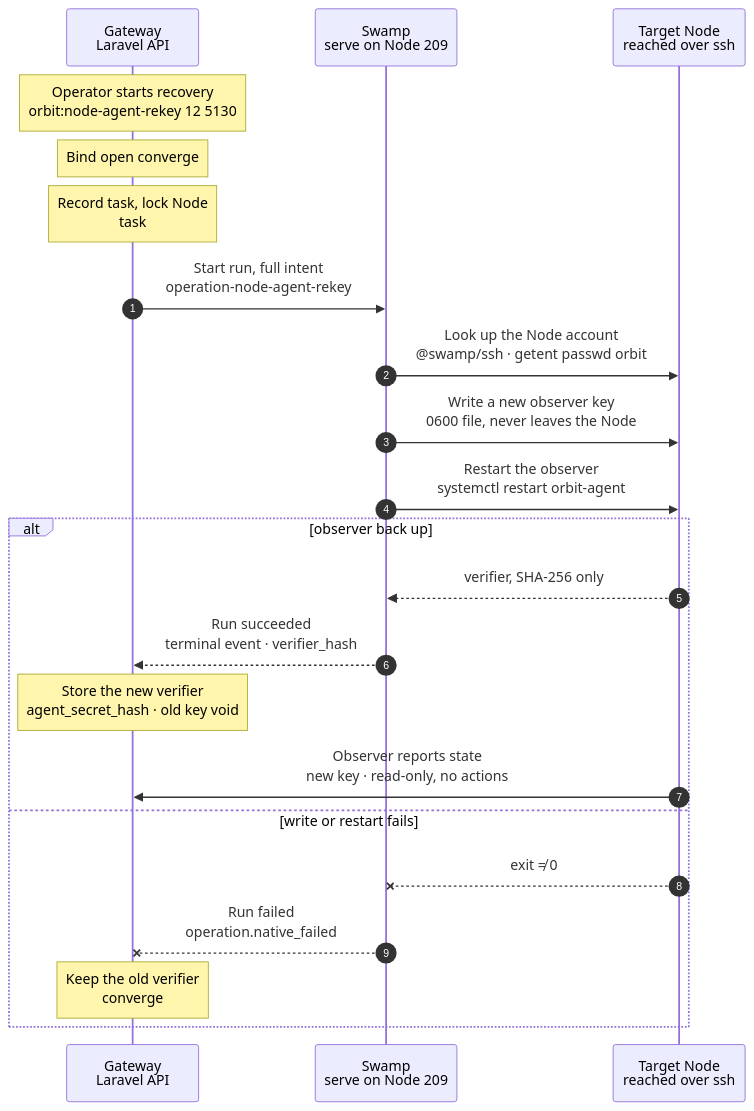
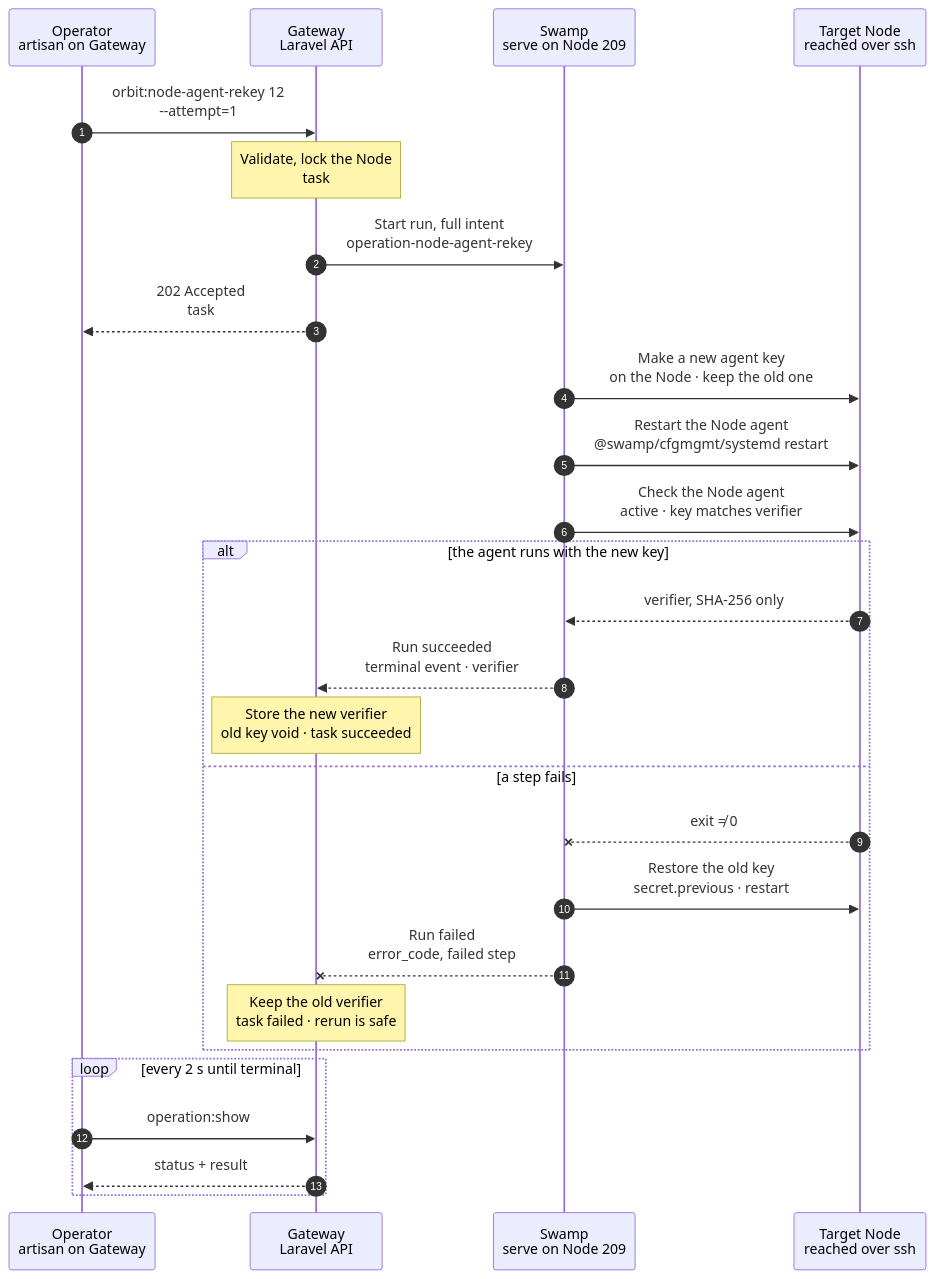
One commit to hardimpactdev/orbit changed the diagram in docs/flows/node.agent_rekey.mmd. Above: the diagram before and after it, drawn with Mermaid. The commit also changed 3 other files, not shown here.

First line of the commit message:
docs(flows): wave 2 Node charts in the agreed format (#2435)

```diff
--- a/docs/flows/node.agent_rekey.mmd
+++ b/docs/flows/node.agent_rekey.mmd
@@ -1,27 +1,104 @@
 sequenceDiagram
-  %% Target design: ADR 0244 task + decision agent-observer-swamp-acts; the key stays on the Node, R2.
+  %% Target design: ADR 0244 task, DECISIONS R2-R4, agent-observer-swamp-acts; the new key is made on the Node and never leaves it. docs/reference/node-agent.md#agent-secret.
   %% status: draft
+  %% command: orbit:node-agent-rekey
   autonumber
+  %% lane OP icon=terminal pill=caller tone=gray
   %% lane GW icon=gateway pill=intent tone=blue
   %% lane SW icon=workflow pill=executes tone=green
   %% lane N icon=server pill=target tone=amber
+  participant OP as Operator<br/>artisan on Gateway
   participant GW as Gateway<br/>Laravel API
   participant SW as Swamp<br/>serve on Node 209
   participant N as Target Node<br/>reached over ssh
-  Note over GW: Operator starts recovery<br/>orbit:node-agent-rekey 12 5130
-  Note over GW: Bind open converge #5130<br/>same Node, user, observer pin
-  Note over GW: Record task, lock Node<br/>task #5134 · no secret in intent
+  OP->>GW: orbit:node-agent-rekey 12<br/>--attempt=1
+  %%> Command:
+  %%> - `php artisan orbit:node-agent-rekey 12 --attempt=1`
+  %%> - syntax: `<node> [--attempt=N]`
+  %%> Input:
+  %%> - the Node id
+  %%> - `--attempt` numbers the request; the same number returns the same task, a higher number asks for a new key again
+  %%> When:
+  %%> - the Gateway refuses the Node agent's reports because its key is missing or doesn't match the recorded verifier
+  %%> - `node:converge` failed because the Node agent's key doesn't match
+  %%> - a planned key rotation
+  %%> Who can call it:
+  %%> - an operator on the Gateway host; there is no `orbit` CLI or MCP command
+  Note over GW: Validate, lock the Node<br/>task #5134 · Node 12
+  %%> Requirements:
+  %%> - Node 12 is an active, managed Linux Node with stored SSH host keys
+  %%> - no converge or rekey runs for Node 12; both use the same lock per Node
+  %%> Result:
+  %%> - task #5134 recorded with the full intent; no key or verifier in it
+  %%> - the old verifier stays valid; nothing has happened on the Node yet
   GW->>SW: Start run, full intent<br/>operation-node-agent-rekey
-  SW->>N: Look up the Node account<br/>@swamp/ssh · getent passwd orbit
-  SW->>N: Write a new observer key<br/>0600 file, never leaves the Node
-  SW->>N: Restart the observer<br/>systemctl restart orbit-agent
-  alt observer back up
+  %%> What it does:
+  %%> - starts one Swamp run on serve (Node 209)
+  %%> Inputs:
+  %%> - Node 12's address and SSH host keys; the SSH identity comes from the `swamp` role
+  %%> - the key path `/etc/orbit/agent/secret`
+  GW-->>OP: 202 Accepted<br/>task #5134
+  %%> What you get:
+  %%> - the task number, at once
+  %%> Next:
+  %%> - follow the task with `orbit operation:show`
+  SW->>N: Make a new agent key<br/>on the Node · keep the old one
+  %%> What it does:
+  %%> - creates 32 random bytes on Node 12 and writes them as 64 hex characters to `/etc/orbit/agent/secret`, `root:root`, mode `0600`
+  %%> - keeps the old key as `secret.previous`, for a restore if a later step fails
+  %%> - prints only the SHA-256 verifier of the new key
+  %%> Never:
+  %%> - the key leaves Node 12, enters the task, a log or the vault
+  %%> How:
+  %%> - a tracked script through `@swamp/ssh` from 209, with sudo
+  SW->>N: Restart the Node agent<br/>@swamp/cfgmgmt/systemd restart
+  %%> What it does:
+  %%> - restarts `orbit-agent.service`
+  %%> Why a restart:
+  %%> - the agent reads its key only when it starts; a reload can't change it
+  %%> Until the Gateway records the verifier:
+  %%> - the Gateway refuses reports signed with the new key; the agent retries every few seconds
+  SW->>N: Check the Node agent<br/>active · key matches verifier
+  %%> What it does:
+  %%> - checks that `orbit-agent` is active again
+  %%> - checks that the key file's SHA-256 equals the returned verifier
+  %%> - when both pass, removes `secret.previous`; if that removal fails, the file is harmless (`root:root`, mode `0600`) and the next rekey replaces it
+  alt the agent runs with the new key
     N-->>SW: verifier, SHA-256 only
-    SW-->>GW: Run succeeded<br/>terminal event · verifier_hash
-    Note over GW: Store the new verifier<br/>agent_secret_hash · old key void
-    N->>GW: Observer reports state<br/>new key · read-only, no actions
-  else write or restart fails
+    %%> Returns:
+    %%> - the new key's verifier
+    SW-->>GW: Run succeeded<br/>terminal event · verifier
+    %%> How the Gateway learns it:
+    %%> - its shared run reader sees the terminal event; Swamp never calls the Gateway
+    Note over GW: Store the new verifier<br/>old key void · task succeeded
+    %%> Result:
+    %%> - Node 12's recorded verifier is the new one; the old key no longer works
+    %%> - the Node agent's next report is accepted again
+    %%> - task #5134 succeeds
+  else a step fails
     N--xSW: exit ≠ 0
-    SW--xGW: Run failed<br/>operation.native_failed
-    Note over GW: Keep the old verifier<br/>converge #5130 stays open
+    %%> When:
+    %%> - the key can't be written, or the agent doesn't come back up
+    SW->>N: Restore the old key<br/>secret.previous · restart
+    %%> What it does:
+    %%> - puts the old key back and restarts the agent, so it matches the verifier the Gateway still has
+    %%> Why a rollback here:
+    %%> - otherwise the Node agent stays locked out until a rerun
+    SW--xGW: Run failed<br/>error_code, failed step
+    %%> The Gateway reads:
+    %%> - which step failed and its error code
+    Note over GW: Keep the old verifier<br/>task failed · rerun is safe
+    %%> Result:
+    %%> - Node 12's verifier stays unchanged
+    %%> - task #5134 fails
+    %%> Retry:
+    %%> - run the command again with `--attempt=2` after fixing the cause; it makes a fresh key
   end
+  loop every 2 s until terminal
+    OP->>GW: operation:show #5134
+    %%> What it does:
+    %%> - asks for the task's status every 2 seconds until it has ended
+    GW-->>OP: status + result
+    %%> Returns:
+    %%> - the current status, and the result once the task has ended
+  end
```
